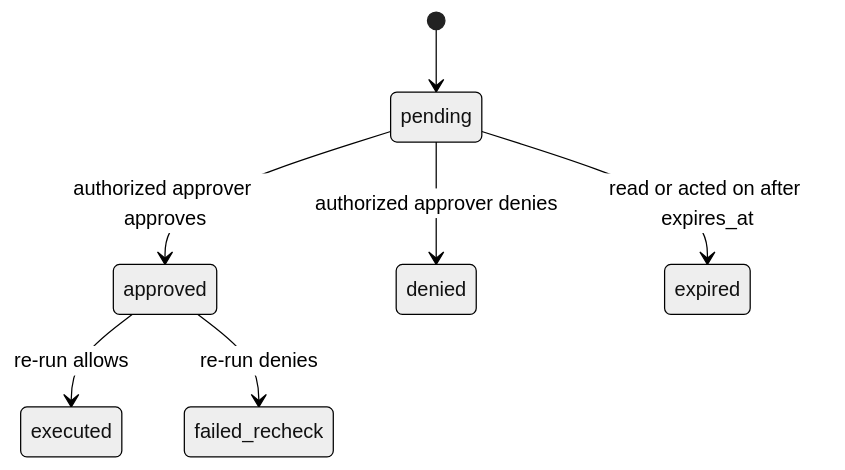
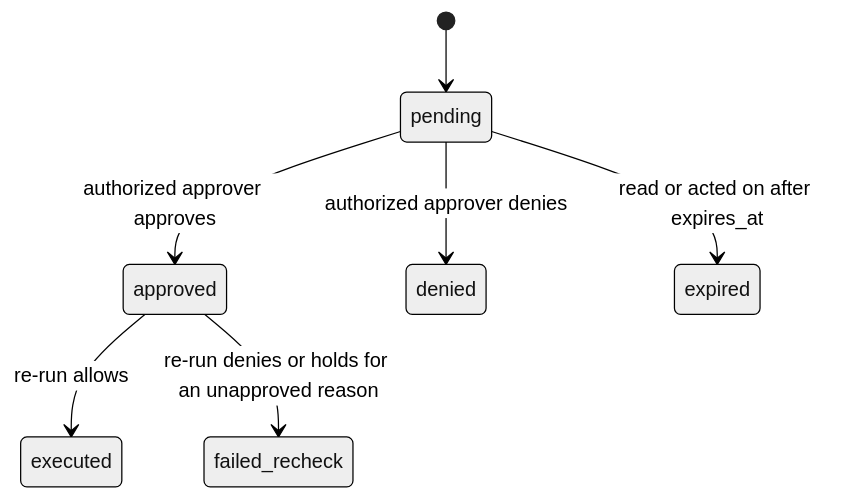
Before and after one commit to Owen-Wangg/AgentVault: the second of 2 diagrams in .kiro/specs/audit-and-approvals/design.md, drawn with Mermaid (neutral theme). The commit also changed other lines of this file and 2 other files, not shown here.

````diff
--- a/.kiro/specs/audit-and-approvals/design.md
+++ b/.kiro/specs/audit-and-approvals/design.md
@@ -166,9 +169,9 @@
 ```mermaid
 stateDiagram-v2
   [*] --> pending
   pending --> approved: authorized approver approves
   pending --> denied: authorized approver denies
   pending --> expired: read or acted on after expires_at
   approved --> executed: re-run allows
-  approved --> failed_recheck: re-run denies
+  approved --> failed_recheck: re-run denies or holds for an unapproved reason
 ```
````
